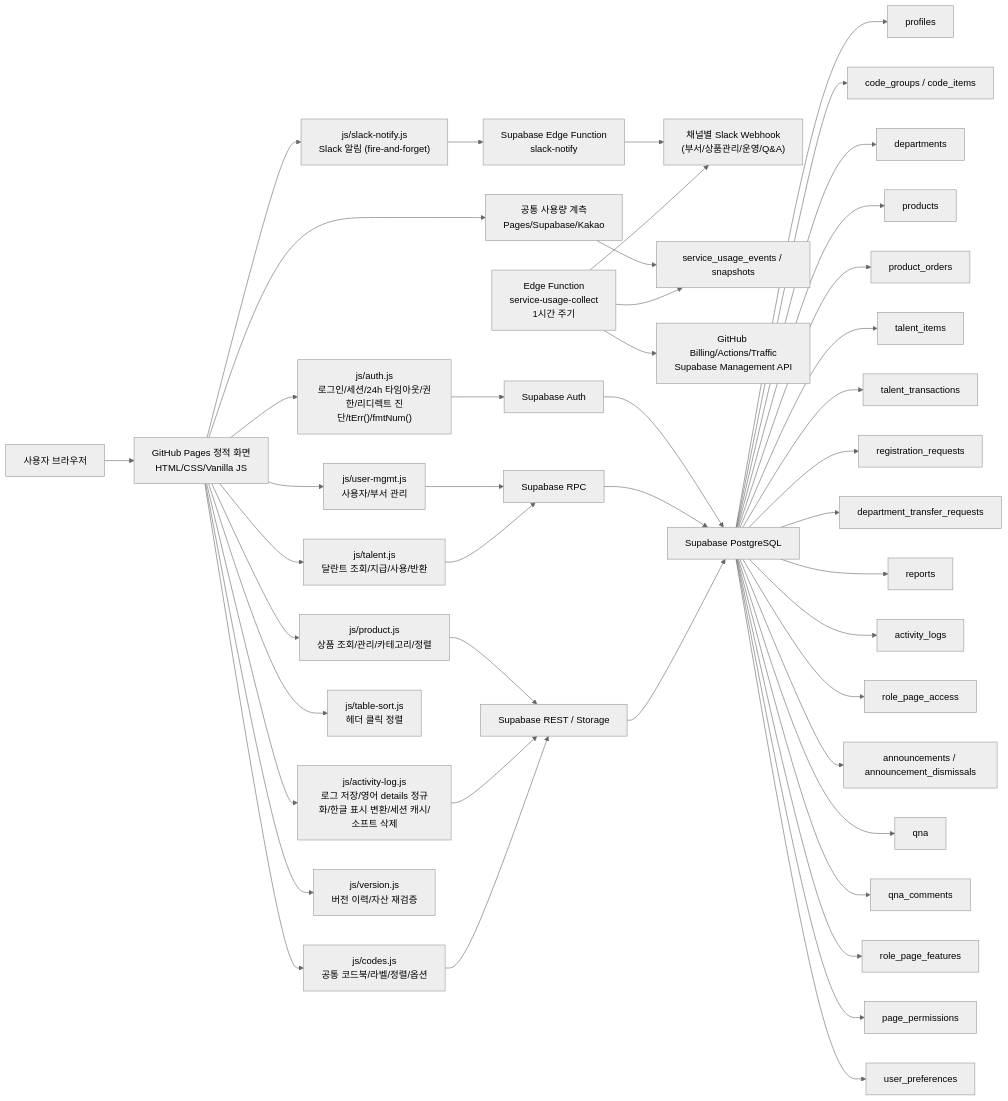
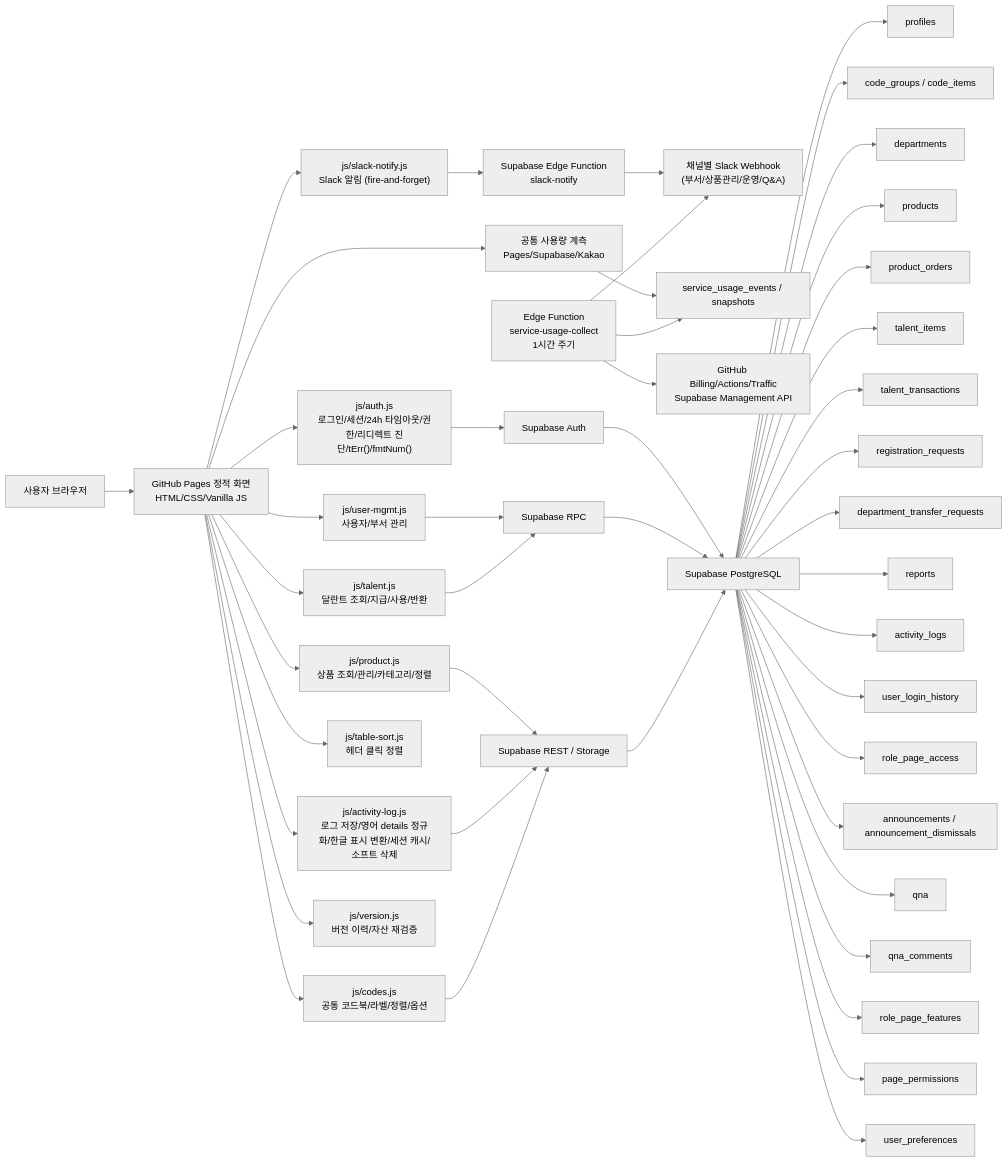
The first of 17 diagrams in docs/PROJECT_ARCHITECTURE_FLOW.md (CHO-Talents/CHO-Talents), drawn with Mermaid (neutral theme) before and after one commit. The commit also changed other lines of this file and 37 other files, not shown here.

````diff
--- a/docs/PROJECT_ARCHITECTURE_FLOW.md
+++ b/docs/PROJECT_ARCHITECTURE_FLOW.md
@@ -28,52 +29,53 @@
 ```mermaid
 flowchart LR
   User["사용자 브라우저"] --> Pages["GitHub Pages 정적 화면<br/>HTML/CSS/Vanilla JS"]
 
   Pages --> AuthJS["js/auth.js<br/>로그인/세션/24h 타임아웃/권한/리디렉트 진단/tErr()/fmtNum()"]
   Pages --> LogJS["js/activity-log.js<br/>로그 저장/영어 details 정규화/한글 표시 변환/세션 캐시/소프트 삭제"]
   Pages --> CodesJS["js/codes.js<br/>공통 코드북/라벨/정렬/옵션"]
   Pages --> UserMgmt["js/user-mgmt.js<br/>사용자/부서 관리"]
   Pages --> TalentJS["js/talent.js<br/>달란트 조회/지급/사용/반환"]
   Pages --> ProductJS["js/product.js<br/>상품 조회/관리/카테고리/정렬"]
   Pages --> TableSortJS["js/table-sort.js<br/>헤더 클릭 정렬"]
   Pages --> SlackJS["js/slack-notify.js<br/>Slack 알림 (fire-and-forget)"]
   Pages --> VersionJS["js/version.js<br/>버전 이력/자산 재검증"]
 
   SlackJS --> EdgeFn["Supabase Edge Function<br/>slack-notify"]
   EdgeFn --> Slack["채널별 Slack Webhook<br/>(부서/상품관리/운영/Q&A)"]
   Pages --> UsageTelemetry["공통 사용량 계측<br/>Pages/Supabase/Kakao"]
   UsageTelemetry --> UsageDB["service_usage_events / snapshots"]
   UsageCollector["Edge Function<br/>service-usage-collect<br/>1시간 주기"] --> UsageDB
   UsageCollector --> ExternalUsage["GitHub Billing/Actions/Traffic<br/>Supabase Management API"]
   UsageCollector --> Slack
 
   AuthJS --> Auth["Supabase Auth"]
   UserMgmt --> RPC["Supabase RPC"]
   TalentJS --> RPC
   ProductJS --> Rest["Supabase REST / Storage"]
   LogJS --> Rest
   CodesJS --> Rest
 
   Auth --> DB["Supabase PostgreSQL"]
   RPC --> DB
   Rest --> DB
 
   DB --> Profiles["profiles"]
   DB --> Codes["code_groups / code_items"]
   DB --> Departments["departments"]
   DB --> Products["products"]
   DB --> Orders["product_orders"]
   DB --> Items["talent_items"]
   DB --> Transactions["talent_transactions"]
   DB --> Requests["registration_requests"]
   DB --> Transfers["department_transfer_requests"]
   DB --> Reports["reports"]
   DB --> Logs["activity_logs"]
+  DB --> LoginHistory["user_login_history"]
   DB --> RoleAccess["role_page_access"]
   DB --> Announcements["announcements / announcement_dismissals"]
   DB --> QnA["qna"]
   DB --> QnAComments["qna_comments"]
   DB --> RoleFeatures["role_page_features"]
   DB --> PagePerms["page_permissions"]
   DB --> UserPrefs["user_preferences"]
 ```
````
